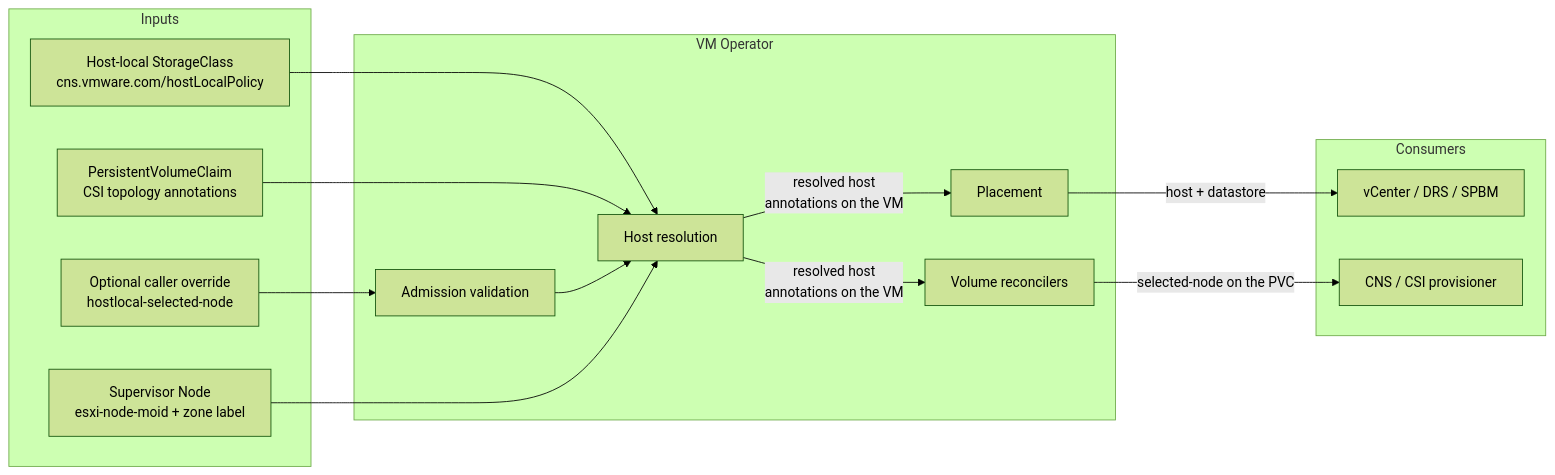
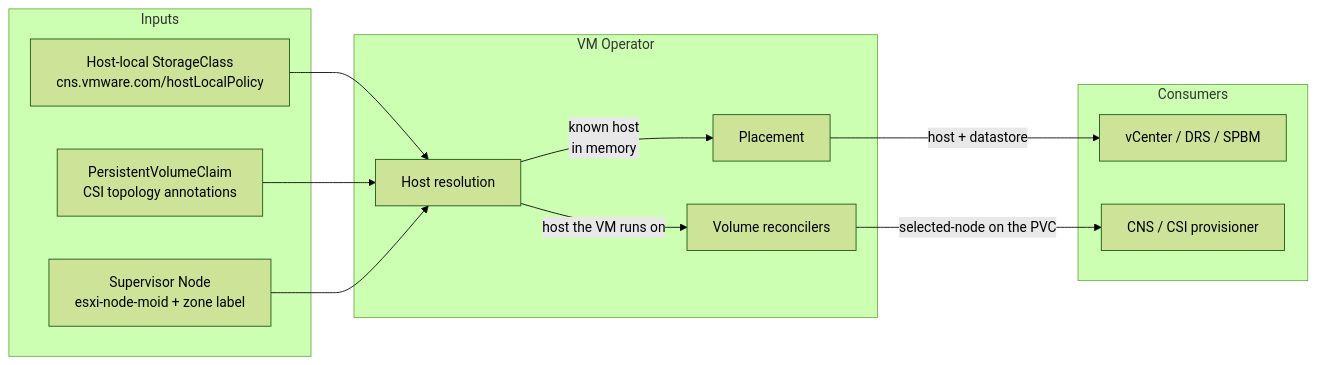
One commit to vmware-tanzu/vm-operator changed the first of 8 diagrams in .sdd/specs/004-host-local-storage/architecture.md. Above: the diagram before and after it, drawn with Mermaid (forest theme). The commit also changed other lines of this file and 26 other files, not shown here.

````diff
--- a/.sdd/specs/004-host-local-storage/architecture.md
+++ b/.sdd/specs/004-host-local-storage/architecture.md
@@ -91,31 +90,27 @@
 ```mermaid
 flowchart LR
     subgraph Inputs
         SC[Host-local StorageClass<br/>cns.vmware.com/hostLocalPolicy]
         PVC[PersistentVolumeClaim<br/>CSI topology annotations]
         NODE[Supervisor Node<br/>esxi-node-moid + zone label]
-        OVR[Optional caller override<br/>hostlocal-selected-node]
     end
 
     subgraph VMOP["VM Operator"]
         RES[Host resolution]
         PLACE[Placement]
         VOL[Volume reconcilers]
-        WH[Admission validation]
     end
 
     subgraph Consumers
         VC[vCenter / DRS / SPBM]
         CNS[CNS / CSI provisioner]
     end
 
     SC --> RES
     PVC --> RES
-    OVR --> WH
-    WH --> RES
     NODE --> RES
-    RES -->|"resolved host<br/>annotations on the VM"| PLACE
-    RES -->|"resolved host<br/>annotations on the VM"| VOL
+    RES -->|"known host<br/>in memory"| PLACE
+    RES -->|"host the VM runs on"| VOL
     PLACE -->|"host + datastore"| VC
     VOL -->|"selected-node on the PVC"| CNS
 ```
````
